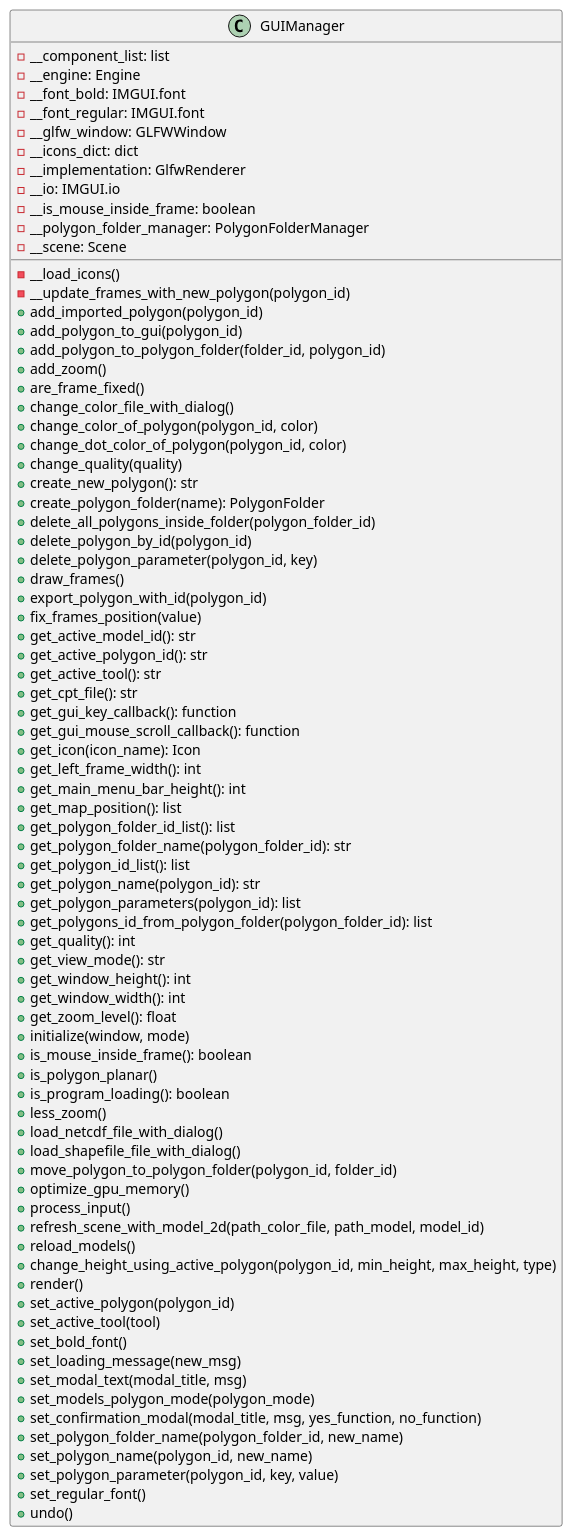
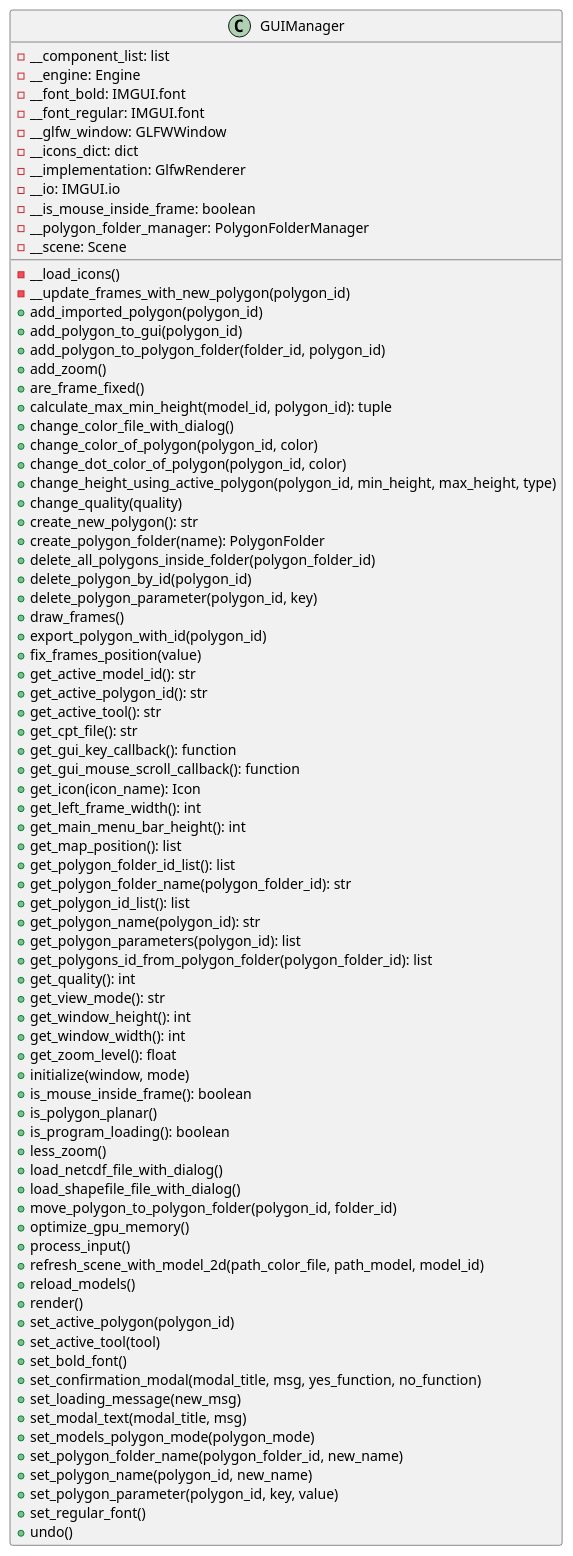
Before and after one commit to ferpoble2/Relief_Creator: the diagram in docs/classes/GUIManager.puml, drawn with PlantUML. The commit also changed 8 other files, not shown here.

Commit message:
Implemented logic to calculate the maximum and minimum height values of the points that are inside the polygon

```diff
--- a/docs/classes/GUIManager.puml
+++ b/docs/classes/GUIManager.puml
@@ -1,83 +1,84 @@
 @startuml
 'https://plantuml.com/class-diagram
 class GUIManager{
     - __component_list: list
     - __engine: Engine
     - __font_bold: IMGUI.font
     - __font_regular: IMGUI.font
     - __glfw_window: GLFWWindow
     - __icons_dict: dict
     - __implementation: GlfwRenderer
     - __io: IMGUI.io
     - __is_mouse_inside_frame: boolean
     - __polygon_folder_manager: PolygonFolderManager
     - __scene: Scene
 
     - __load_icons()
     - __update_frames_with_new_polygon(polygon_id)
     + add_imported_polygon(polygon_id)
     + add_polygon_to_gui(polygon_id)
     + add_polygon_to_polygon_folder(folder_id, polygon_id)
     + add_zoom()
     + are_frame_fixed()
+    + calculate_max_min_height(model_id, polygon_id): tuple
     + change_color_file_with_dialog()
     + change_color_of_polygon(polygon_id, color)
     + change_dot_color_of_polygon(polygon_id, color)
+    + change_height_using_active_polygon(polygon_id, min_height, max_height, type)
     + change_quality(quality)
     + create_new_polygon(): str
     + create_polygon_folder(name): PolygonFolder
     + delete_all_polygons_inside_folder(polygon_folder_id)
     + delete_polygon_by_id(polygon_id)
     + delete_polygon_parameter(polygon_id, key)
     + draw_frames()
     + export_polygon_with_id(polygon_id)
     + fix_frames_position(value)
     + get_active_model_id(): str
     + get_active_polygon_id(): str
     + get_active_tool(): str
     + get_cpt_file(): str
     + get_gui_key_callback(): function
     + get_gui_mouse_scroll_callback(): function
     + get_icon(icon_name): Icon
     + get_left_frame_width(): int
     + get_main_menu_bar_height(): int
     + get_map_position(): list
     + get_polygon_folder_id_list(): list
     + get_polygon_folder_name(polygon_folder_id): str
     + get_polygon_id_list(): list
     + get_polygon_name(polygon_id): str
     + get_polygon_parameters(polygon_id): list
     + get_polygons_id_from_polygon_folder(polygon_folder_id): list
     + get_quality(): int
     + get_view_mode(): str
     + get_window_height(): int
     + get_window_width(): int
     + get_zoom_level(): float
     + initialize(window, mode)
     + is_mouse_inside_frame(): boolean
     + is_polygon_planar()
     + is_program_loading(): boolean
     + less_zoom()
     + load_netcdf_file_with_dialog()
     + load_shapefile_file_with_dialog()
     + move_polygon_to_polygon_folder(polygon_id, folder_id)
     + optimize_gpu_memory()
     + process_input()
     + refresh_scene_with_model_2d(path_color_file, path_model, model_id)
     + reload_models()
-    + change_height_using_active_polygon(polygon_id, min_height, max_height, type)
     + render()
     + set_active_polygon(polygon_id)
     + set_active_tool(tool)
     + set_bold_font()
+    + set_confirmation_modal(modal_title, msg, yes_function, no_function)
     + set_loading_message(new_msg)
     + set_modal_text(modal_title, msg)
     + set_models_polygon_mode(polygon_mode)
-    + set_confirmation_modal(modal_title, msg, yes_function, no_function)
     + set_polygon_folder_name(polygon_folder_id, new_name)
     + set_polygon_name(polygon_id, new_name)
     + set_polygon_parameter(polygon_id, key, value)
     + set_regular_font()
     + undo()
 }
 @enduml
```
